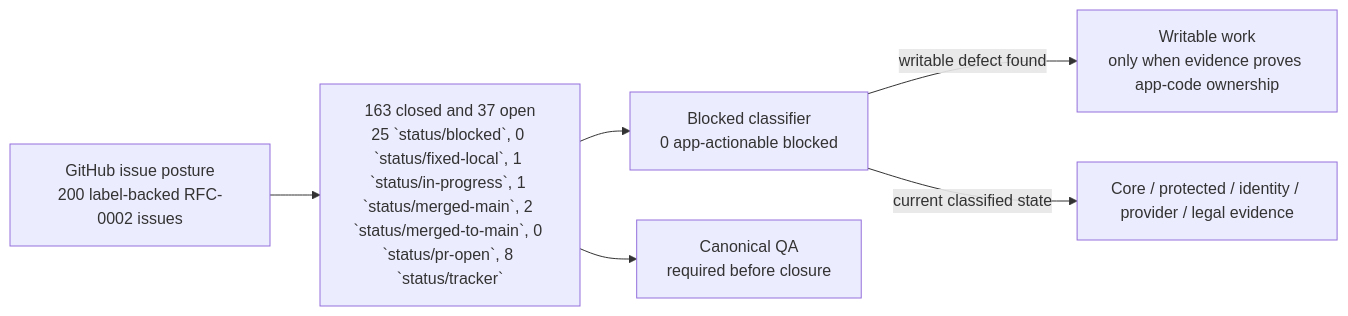
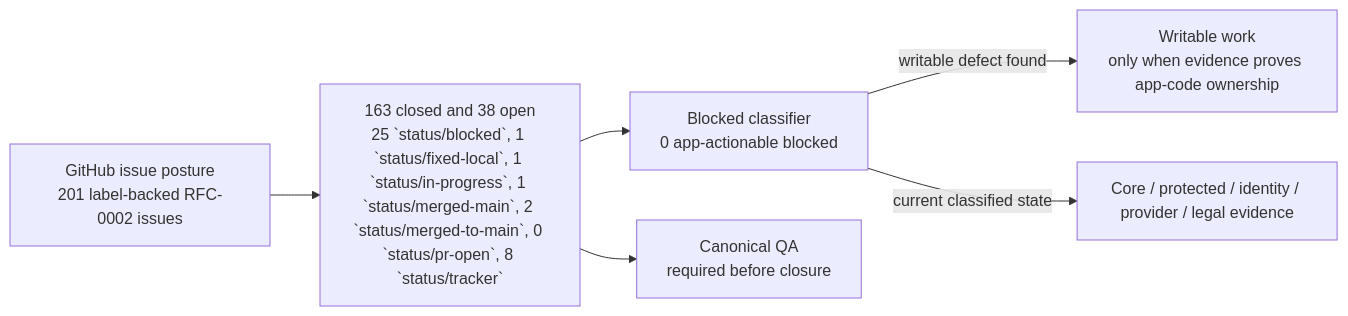
One commit to sgajbi/lotus-idea changed the first of 2 diagrams in wiki/RFC-0002-Execution-Status.md. Above: the diagram before and after it, drawn with Mermaid. The commit also changed other lines of this file and 6 other files, not shown here.

Commit message:
docs: sync RFC-0002 fixed-local issue posture

````diff
--- a/wiki/RFC-0002-Execution-Status.md
+++ b/wiki/RFC-0002-Execution-Status.md
@@ -39,15 +39,15 @@
 ```mermaid
 flowchart LR
-    Issues["GitHub issue posture<br/>200 label-backed RFC-0002 issues"]
-    Open["163 closed and 37 open<br/>25 `status/blocked`, 0 `status/fixed-local`, 1 `status/in-progress`, 1 `status/merged-main`, 2 `status/merged-to-main`, 0 `status/pr-open`, 8 `status/tracker`"]
+    Issues["GitHub issue posture<br/>201 label-backed RFC-0002 issues"]
+    Open["163 closed and 38 open<br/>25 `status/blocked`, 1 `status/fixed-local`, 1 `status/in-progress`, 1 `status/merged-main`, 2 `status/merged-to-main`, 0 `status/pr-open`, 8 `status/tracker`"]
     Blocked["Blocked classifier<br/>0 app-actionable blocked"]
     Work["Writable work<br/>only when evidence proves app-code ownership"]
     External["Core / protected / identity / provider / legal evidence"]
     QA["Canonical QA<br/>required before closure"]
 
     Issues --> Open
     Open --> Blocked
     Blocked -->|"writable defect found"| Work
     Blocked -->|"current classified state"| External
     Open --> QA
 ```
````
